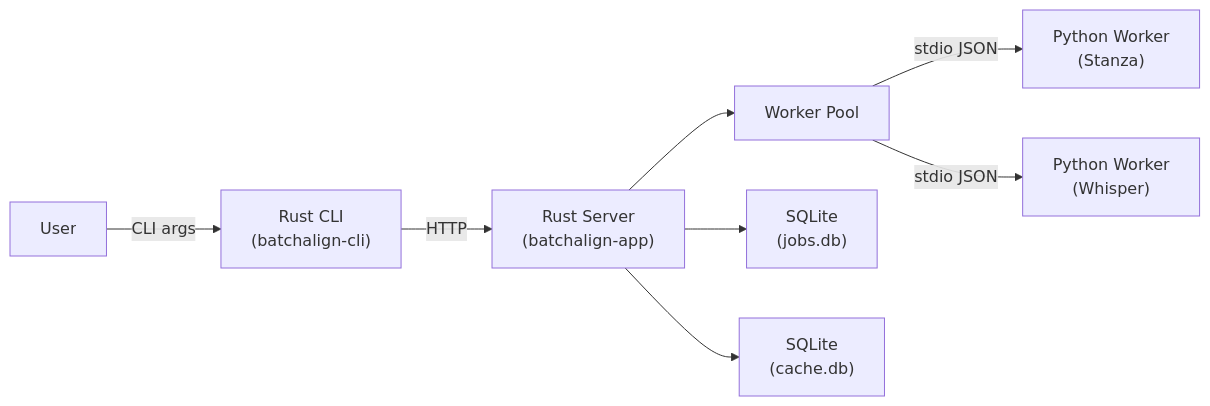
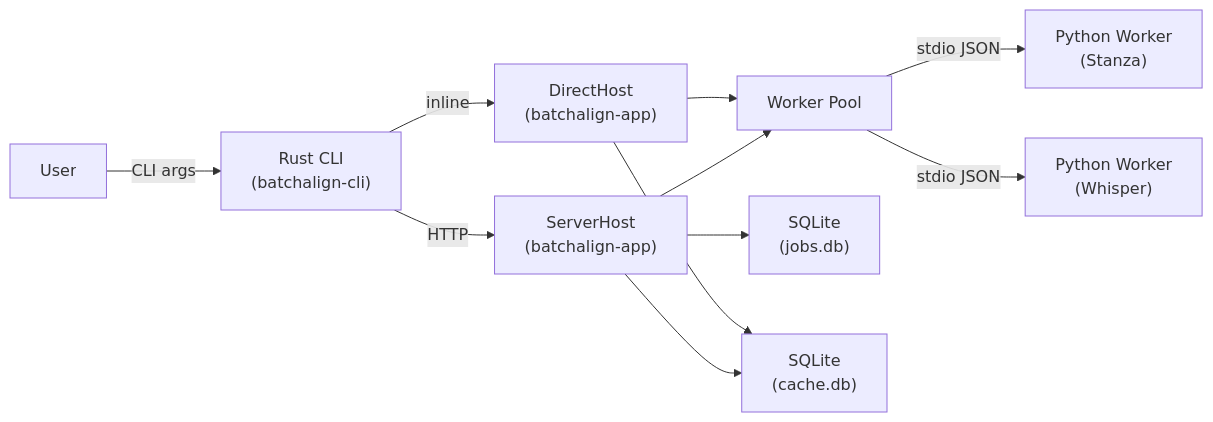
One commit to TalkBank/batchalign3 changed the diagram in book/src/architecture/overview.md. Above: the diagram before and after it, drawn with Mermaid. The commit also changed other lines of this file and 77 other files, not shown here.

````diff
--- a/book/src/architecture/overview.md
+++ b/book/src/architecture/overview.md
@@ -9,18 +9,22 @@
 ```mermaid
 flowchart LR
     user["User"]
     cli["Rust CLI\n(batchalign-cli)"]
-    server["Rust Server\n(batchalign-app)"]
+    direct["DirectHost\n(batchalign-app)"]
+    server["ServerHost\n(batchalign-app)"]
     pool["Worker Pool"]
     w1["Python Worker\n(Stanza)"]
     w2["Python Worker\n(Whisper)"]
     db["SQLite\n(jobs.db)"]
     cache["SQLite\n(cache.db)"]
 
     user -->|CLI args| cli
+    cli -->|inline| direct
     cli -->|HTTP| server
+    direct --> pool
     server --> pool
     pool -->|"stdio JSON"| w1 & w2
     server --> db
+    direct --> cache
     server --> cache
 ```
````
